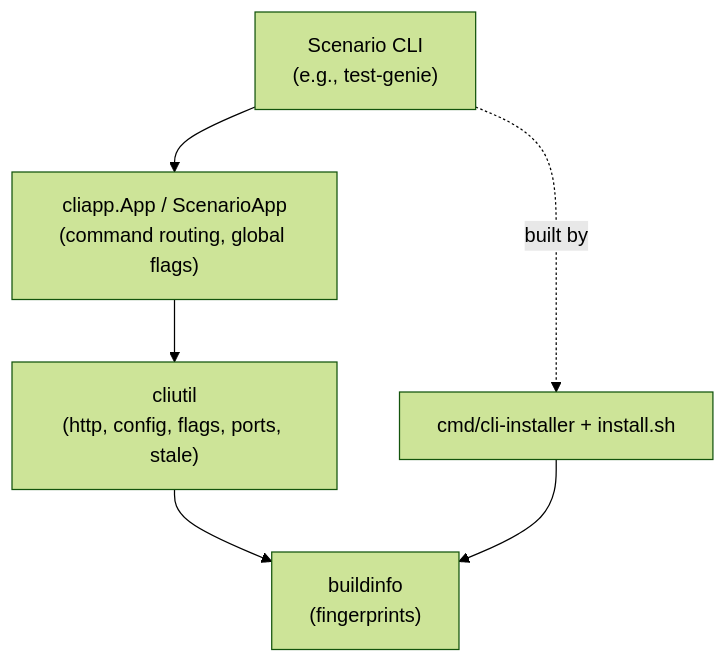
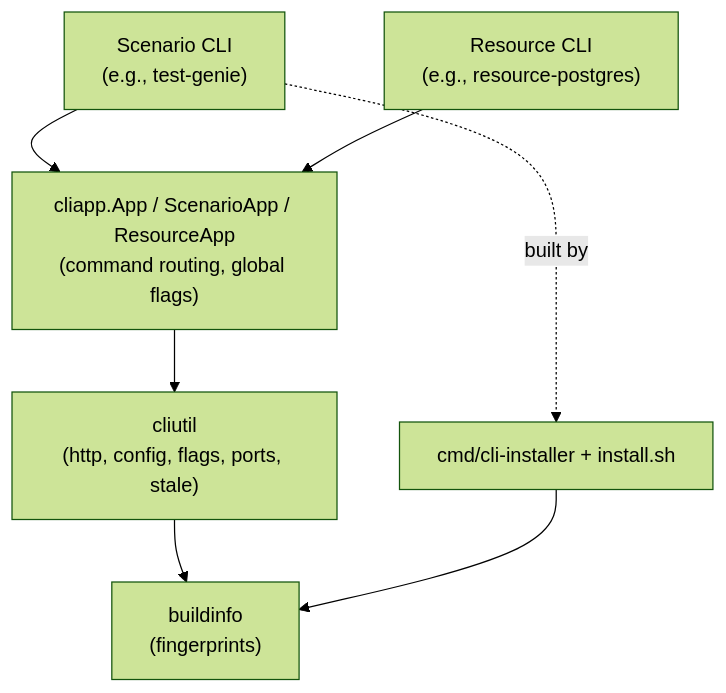
Before and after one commit to Vrooli/Vrooli: the diagram in packages/cli-core/README.md, drawn with Mermaid (forest theme). The commit also changed other lines of this file and 105 other files, not shown here.

````diff
--- a/packages/cli-core/README.md
+++ b/packages/cli-core/README.md
@@ -5,14 +5,16 @@
 ```mermaid
 flowchart TD
     ScenarioCLI["Scenario CLI\n(e.g., test-genie)"]
-    App["cliapp.App / ScenarioApp\n(command routing, global flags)"]
+    ResourceCLI["Resource CLI\n(e.g., resource-postgres)"]
+    App["cliapp.App / ScenarioApp / ResourceApp\n(command routing, global flags)"]
     Util["cliutil\n(http, config, flags, ports, stale)"]
     Buildinfo["buildinfo\n(fingerprints)"]
     Installer["cmd/cli-installer + install.sh"]
 
     ScenarioCLI --> App
+    ResourceCLI --> App
     App --> Util
     Util --> Buildinfo
     ScenarioCLI -. built by .-> Installer
     Installer --> Buildinfo
 ```
````
